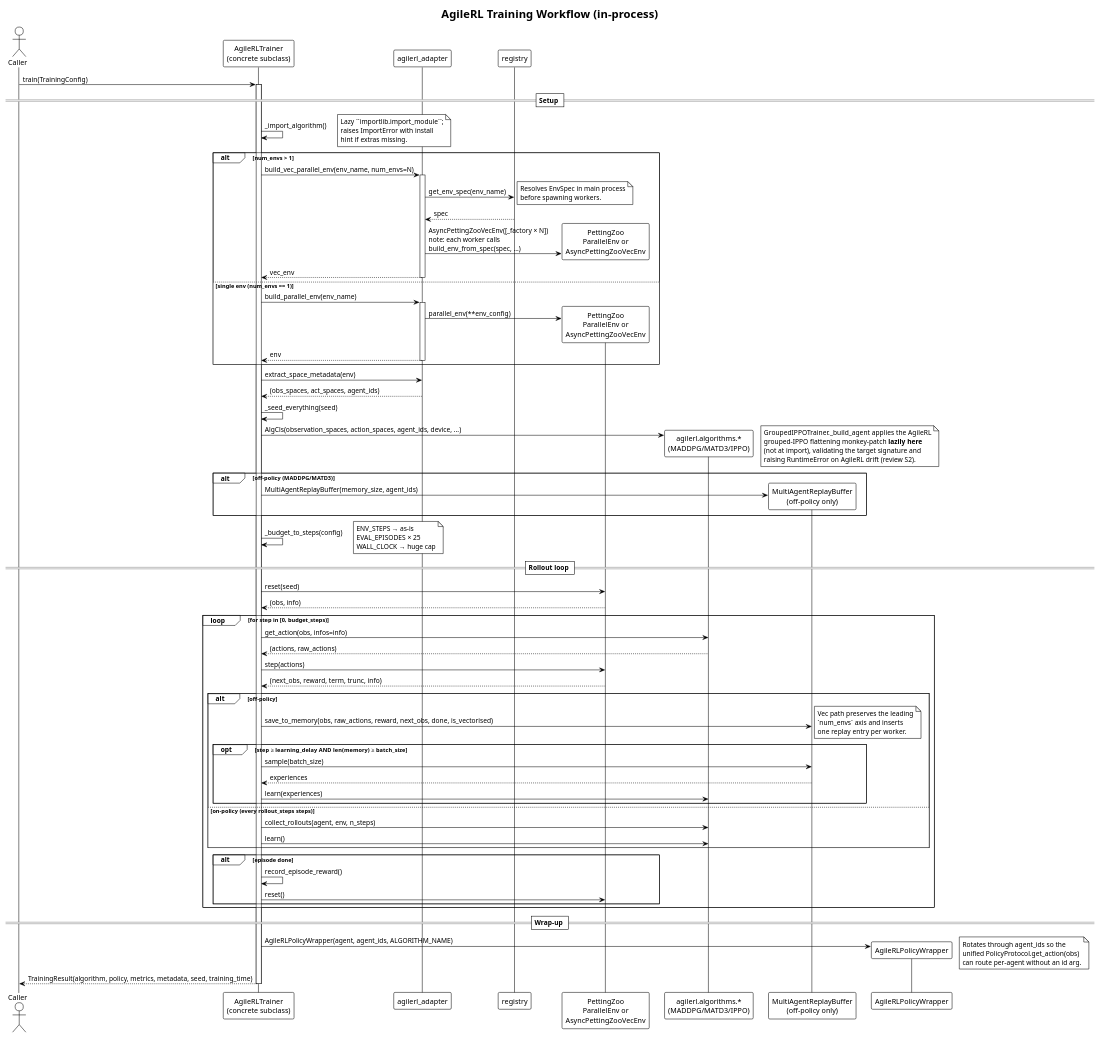
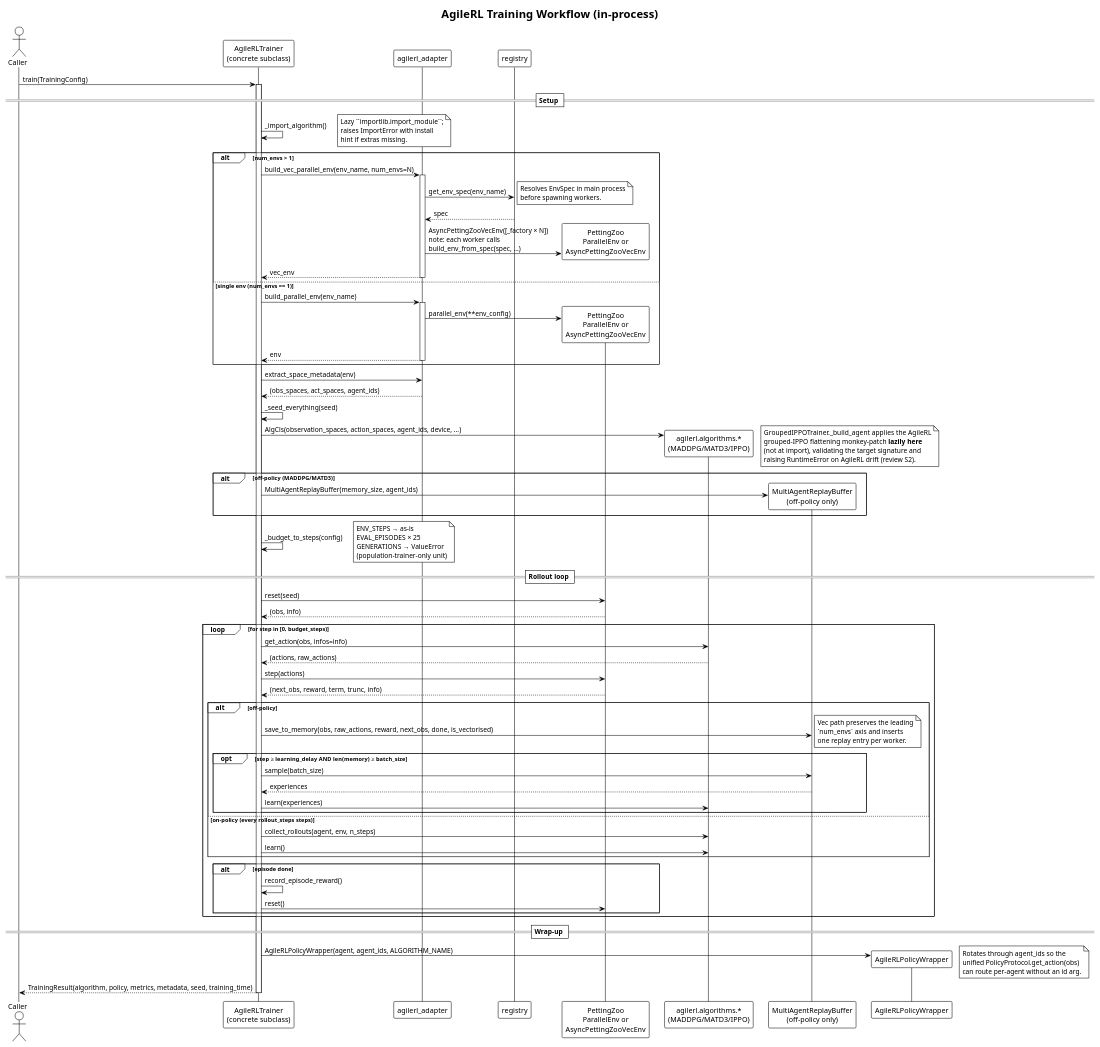
The diagram in docs/UML/sequence_agilerl_training.puml (Alex180504/DEAP-Zoo-bridge), drawn with PlantUML before and after one commit. The commit also changed 25 other files, not shown here.

Commit message:
Tighten env step budgeting for population-based algos on the serial eval path and add GENERATION budgeting mode

```diff
--- a/docs/UML/sequence_agilerl_training.puml
+++ b/docs/UML/sequence_agilerl_training.puml
@@ -1,99 +1,99 @@
 @startuml sequence_agilerl_training
 !theme plain
 
 title AgileRL Training Workflow (in-process)
 
 actor Caller
 participant "AgileRLTrainer\n(concrete subclass)" as Trainer
 participant "agilerl_adapter" as Adapter
 participant "registry" as Registry
 participant "PettingZoo\nParallelEnv or\nAsyncPettingZooVecEnv" as Env
 participant "agilerl.algorithms.*\n(MADDPG/MATD3/IPPO)" as Agent
 participant "MultiAgentReplayBuffer\n(off-policy only)" as Memory
 participant "AgileRLPolicyWrapper" as Wrapper
 
 Caller -> Trainer: train(TrainingConfig)
 activate Trainer
 
 == Setup ==
 
 Trainer -> Trainer: _import_algorithm()
 note right: Lazy ``importlib.import_module``;\nraises ImportError with install\nhint if extras missing.
 
 alt num_envs > 1
     Trainer -> Adapter: build_vec_parallel_env(env_name, num_envs=N)
     activate Adapter
     Adapter -> Registry: get_env_spec(env_name)
     note right: Resolves EnvSpec in main process\nbefore spawning workers.
     Registry --> Adapter: spec
     Adapter -> Env **: AsyncPettingZooVecEnv([_factory × N])\nnote: each worker calls\nbuild_env_from_spec(spec, ...)
     Adapter --> Trainer: vec_env
     deactivate Adapter
 else single env (num_envs == 1)
     Trainer -> Adapter: build_parallel_env(env_name)
     activate Adapter
     Adapter -> Env **: parallel_env(**env_config)
     Adapter --> Trainer: env
     deactivate Adapter
 end
 
 Trainer -> Adapter: extract_space_metadata(env)
 Adapter --> Trainer: (obs_spaces, act_spaces, agent_ids)
 
 Trainer -> Trainer: _seed_everything(seed)
 
 Trainer -> Agent **: AlgCls(observation_spaces, action_spaces, agent_ids, device, ...)
 note right
   GroupedIPPOTrainer._build_agent applies the AgileRL
   grouped-IPPO flattening monkey-patch **lazily here**
   (not at import), validating the target signature and
   raising RuntimeError on AgileRL drift (review S2).
 end note
 
 alt off-policy (MADDPG/MATD3)
     Trainer -> Memory **: MultiAgentReplayBuffer(memory_size, agent_ids)
 end
 
 Trainer -> Trainer: _budget_to_steps(config)
-note right: ENV_STEPS → as-is\nEVAL_EPISODES × 25\nWALL_CLOCK → huge cap
+note right: ENV_STEPS → as-is\nEVAL_EPISODES × 25\nGENERATIONS → ValueError\n(population-trainer-only unit)
 
 == Rollout loop ==
 
 Trainer -> Env: reset(seed)
 Env --> Trainer: (obs, info)
 
 loop for step in [0, budget_steps)
     Trainer -> Agent: get_action(obs, infos=info)
     Agent --> Trainer: (actions, raw_actions)
 
     Trainer -> Env: step(actions)
     Env --> Trainer: (next_obs, reward, term, trunc, info)
 
     alt off-policy
         Trainer -> Memory: save_to_memory(obs, raw_actions, reward, next_obs, done, is_vectorised)
         note right: Vec path preserves the leading\n`num_envs` axis and inserts\none replay entry per worker.
         opt step ≥ learning_delay AND len(memory) ≥ batch_size
             Trainer -> Memory: sample(batch_size)
             Memory --> Trainer: experiences
             Trainer -> Agent: learn(experiences)
         end
     else on-policy (every rollout_steps steps)
         Trainer -> Agent: collect_rollouts(agent, env, n_steps)
         Trainer -> Agent: learn()
     end
 
     alt episode done
         Trainer -> Trainer: record_episode_reward()
         Trainer -> Env: reset()
     end
 end
 
 == Wrap-up ==
 
 Trainer -> Wrapper **: AgileRLPolicyWrapper(agent, agent_ids, ALGORITHM_NAME)
 note right: Rotates through agent_ids so the\nunified PolicyProtocol.get_action(obs)\ncan route per-agent without an id arg.
 
 Trainer --> Caller: TrainingResult(algorithm, policy, metrics, metadata, seed, training_time)
 deactivate Trainer
 
 @enduml
```
